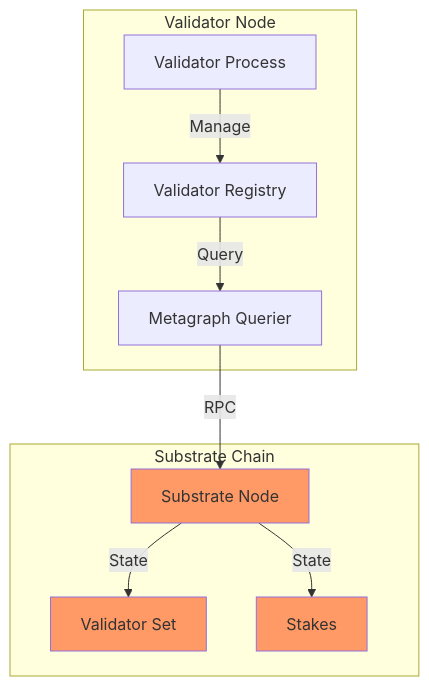
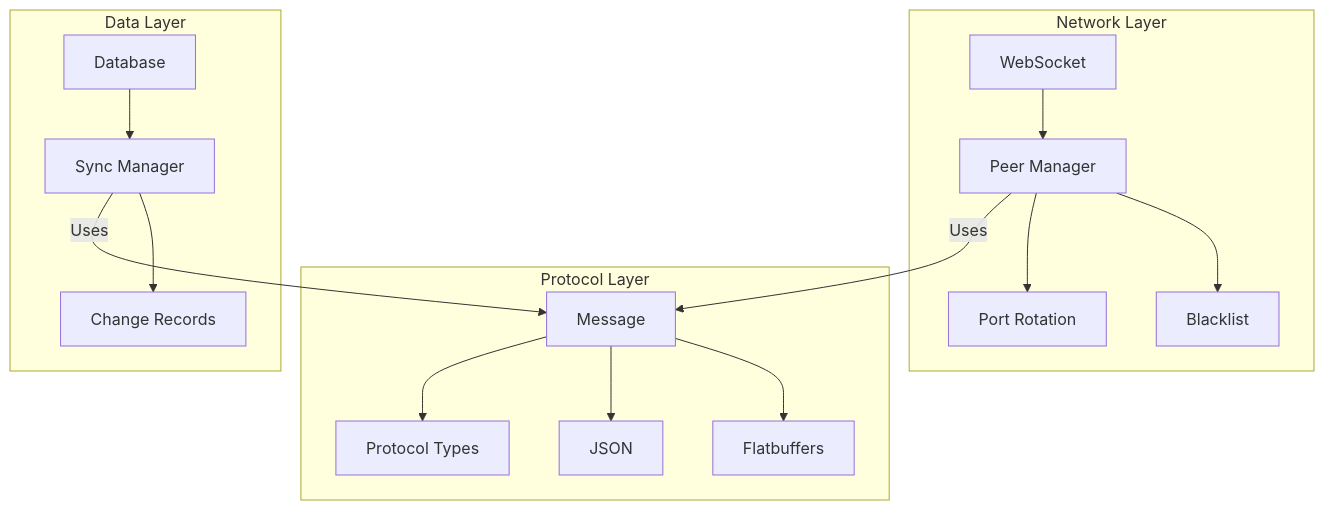
The first of 3 diagrams in ARCHITECTURE.md (Nickel5-Inc/mycelium), drawn with Mermaid before and after one commit. The commit also changed other lines of this file, not shown here.

Commit message:
diagram update

````diff
--- a/ARCHITECTURE.md
+++ b/ARCHITECTURE.md
@@ -30,23 +44,22 @@
 ```mermaid
 graph TB
-    subgraph "Validator Node"
-        VP[Validator Process]
-        VR[Validator Registry]
-        MQ[Metagraph Querier]
+    subgraph "Protocol Layer"
+        M[Message] --> FB[Flatbuffers]
+        M --> JSON[JSON]
+        M --> Types[Protocol Types]
     end
 
-    subgraph "Substrate Chain"
-        SC[Substrate Node]
-        VS[Validator Set]
-        ST[Stakes]
+    subgraph "Network Layer"
+        WS[WebSocket] --> P[Peer Manager]
+        P --> BL[Blacklist]
+        P --> PR[Port Rotation]
     end
 
-    VP -->|Manage| VR
-    VR -->|Query| MQ
-    MQ -->|RPC| SC
-    SC -->|State| VS
-    SC -->|State| ST
+    subgraph "Data Layer"
+        DB[Database] --> SM[Sync Manager]
+        SM --> CR[Change Records]
+    end
 
-    classDef blockchain fill:#f96
-    class SC,VS,ST blockchain
+    P -->|Uses| M
+    SM -->|Uses| M
 ```
````
